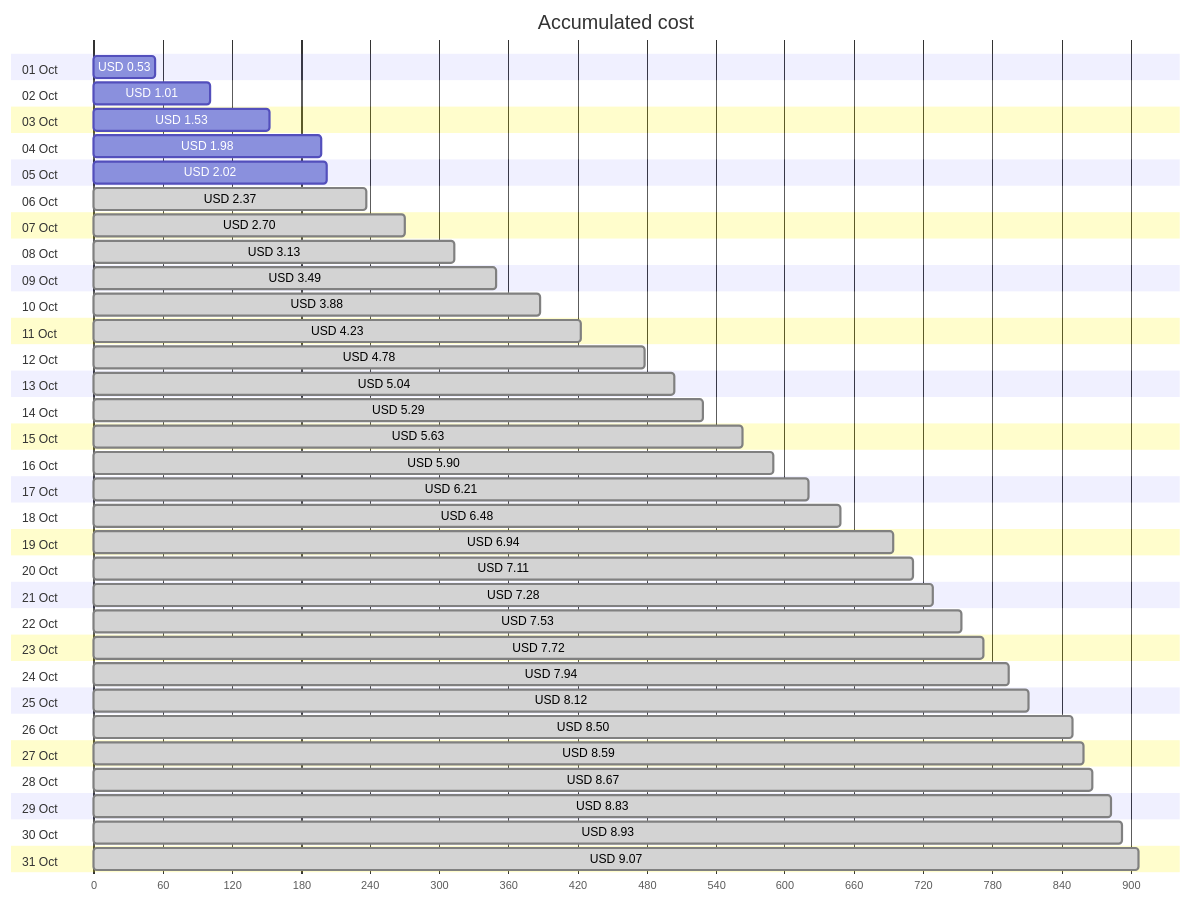
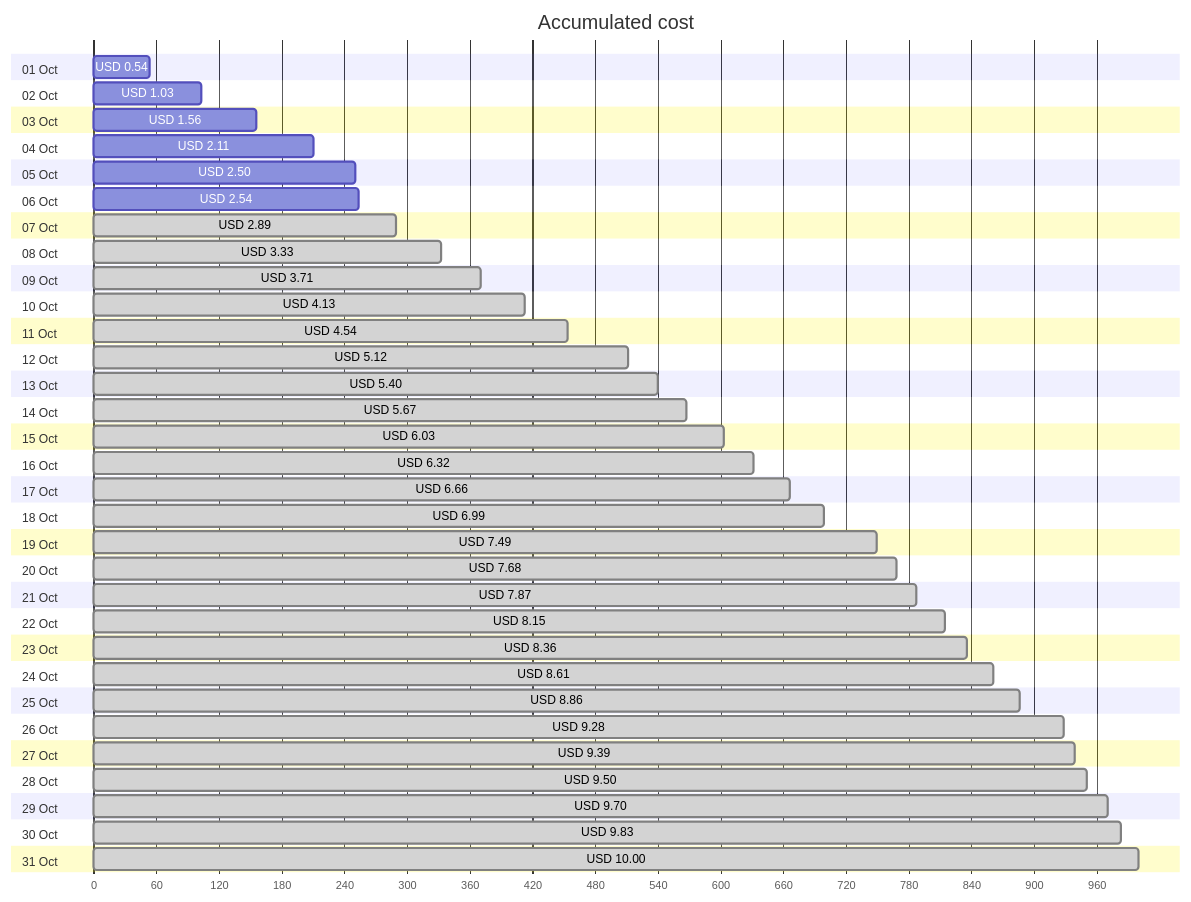
The first of 4 diagrams in cost-reports/personal-network/vpn-server.md (jpfulton/azure-personal-reports), drawn with Mermaid before and after one commit. The commit also changed other lines of this file and 8 other files, not shown here.

````diff
--- a/cost-reports/personal-network/vpn-server.md
+++ b/cost-reports/personal-network/vpn-server.md
@@ -20,68 +20,68 @@
 ```mermaid
 gantt
    title Accumulated cost
    dateFormat  X
    axisFormat %s
    section 01 Oct
-   USD 0.53 :0, 53
+   USD 0.54 :0, 54
    section 02 Oct
-   USD 1.01 :0, 101
+   USD 1.03 :0, 103
    section 03 Oct
-   USD 1.53 :0, 153
+   USD 1.56 :0, 156
    section 04 Oct
-   USD 1.98 :0, 198
+   USD 2.11 :0, 211
    section 05 Oct
-   USD 2.02 :0, 202
+   USD 2.50 :0, 250
    section 06 Oct
-   USD 2.37 : done, 0, 237
+   USD 2.54 :0, 254
    section 07 Oct
-   USD 2.70 : done, 0, 270
+   USD 2.89 : done, 0, 289
    section 08 Oct
-   USD 3.13 : done, 0, 313
+   USD 3.33 : done, 0, 333
    section 09 Oct
-   USD 3.49 : done, 0, 349
+   USD 3.71 : done, 0, 371
    section 10 Oct
-   USD 3.88 : done, 0, 388
+   USD 4.13 : done, 0, 413
    section 11 Oct
-   USD 4.23 : done, 0, 423
+   USD 4.54 : done, 0, 454
    section 12 Oct
-   USD 4.78 : done, 0, 478
+   USD 5.12 : done, 0, 512
    section 13 Oct
-   USD 5.04 : done, 0, 504
+   USD 5.40 : done, 0, 540
    section 14 Oct
-   USD 5.29 : done, 0, 529
+   USD 5.67 : done, 0, 567
    section 15 Oct
-   USD 5.63 : done, 0, 563
+   USD 6.03 : done, 0, 603
    section 16 Oct
-   USD 5.90 : done, 0, 590
+   USD 6.32 : done, 0, 632
    section 17 Oct
-   USD 6.21 : done, 0, 621
+   USD 6.66 : done, 0, 666
    section 18 Oct
-   USD 6.48 : done, 0, 648
+   USD 6.99 : done, 0, 699
    section 19 Oct
-   USD 6.94 : done, 0, 694
+   USD 7.49 : done, 0, 749
    section 20 Oct
-   USD 7.11 : done, 0, 711
+   USD 7.68 : done, 0, 768
    section 21 Oct
-   USD 7.28 : done, 0, 728
+   USD 7.87 : done, 0, 787
    section 22 Oct
-   USD 7.53 : done, 0, 753
+   USD 8.15 : done, 0, 815
    section 23 Oct
-   USD 7.72 : done, 0, 772
+   USD 8.36 : done, 0, 836
    section 24 Oct
-   USD 7.94 : done, 0, 794
+   USD 8.61 : done, 0, 861
    section 25 Oct
-   USD 8.12 : done, 0, 812
+   USD 8.86 : done, 0, 886
    section 26 Oct
-   USD 8.50 : done, 0, 850
+   USD 9.28 : done, 0, 928
    section 27 Oct
-   USD 8.59 : done, 0, 859
+   USD 9.39 : done, 0, 939
    section 28 Oct
-   USD 8.67 : done, 0, 867
+   USD 9.50 : done, 0, 950
    section 29 Oct
-   USD 8.83 : done, 0, 883
+   USD 9.70 : done, 0, 970
    section 30 Oct
-   USD 8.93 : done, 0, 893
+   USD 9.83 : done, 0, 983
    section 31 Oct
-   USD 9.07 : done, 0, 907
+   USD 10.00 : done, 0, 1000
 ```
````
